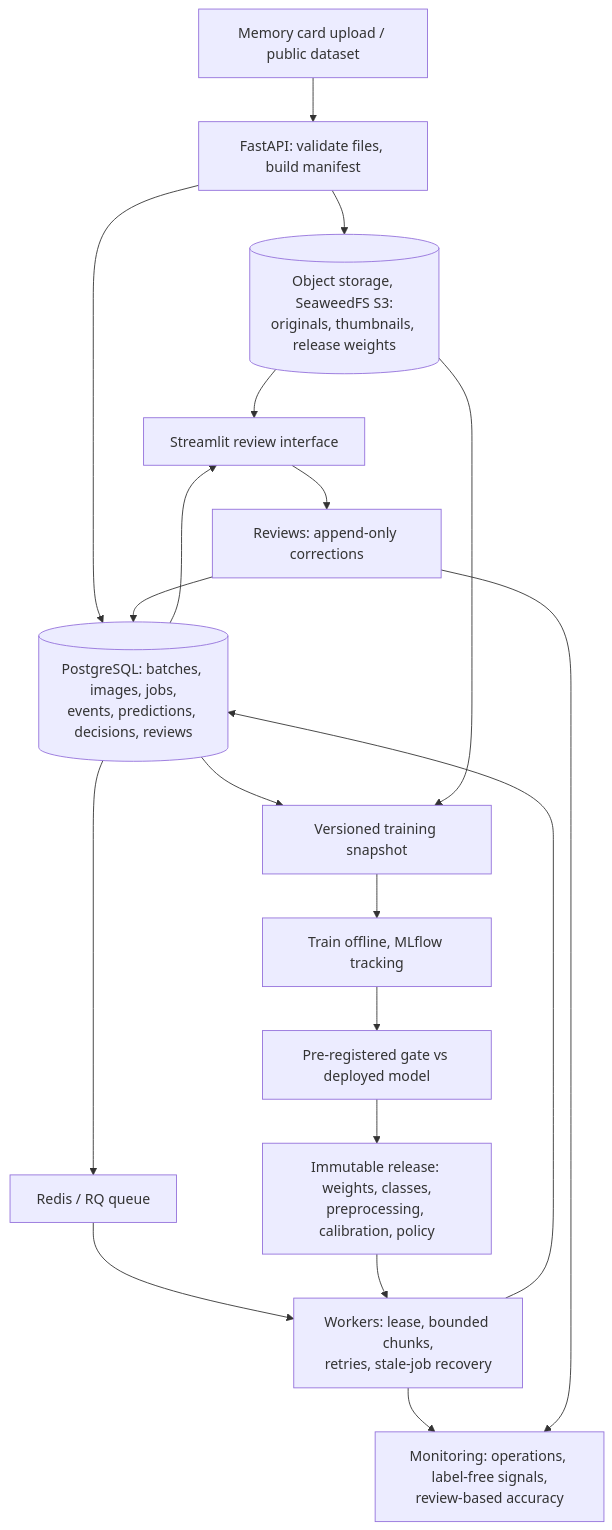
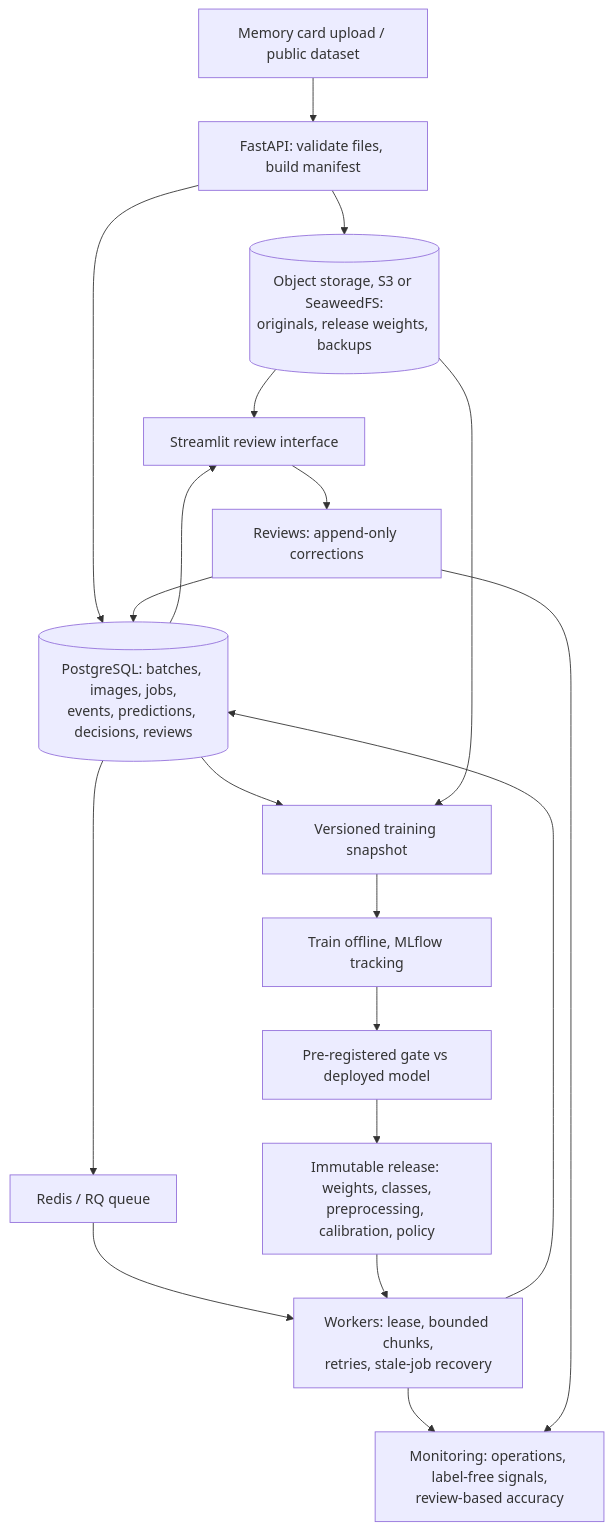
One commit to professor3333/wildinbox changed the diagram in README.md. Above: the diagram before and after it, drawn with Mermaid. The commit also changed other lines of this file, not shown here.

````diff
--- a/README.md
+++ b/README.md
@@ -12,21 +12,21 @@
 ```mermaid
 flowchart TD
     U[Memory card upload / public dataset] --> A[FastAPI: validate files, build manifest]
-    A --> S3[(Object storage, SeaweedFS S3:<br/>originals, thumbnails, release weights)]
+    A --> S3[(Object storage, S3 or SeaweedFS:<br/>originals, release weights, backups)]
     A --> PG[(PostgreSQL: batches, images, jobs,<br/>events, predictions, decisions, reviews)]
     PG --> Q[Redis / RQ queue]
     Q --> W[Workers: lease, bounded chunks,<br/>retries, stale-job recovery]
     R[Immutable release: weights, classes,<br/>preprocessing, calibration, policy] --> W
     W --> PG
     PG --> UI[Streamlit review interface]
     S3 --> UI
     UI --> H[Reviews: append-only corrections]
     H --> PG
     PG --> SN[Versioned training snapshot]
     S3 --> SN
     SN --> T[Train offline, MLflow tracking]
     T --> G[Pre-registered gate vs deployed model]
     G --> R
     W --> M[Monitoring: operations, label-free signals,<br/>review-based accuracy]
     H --> M
 ```
````
